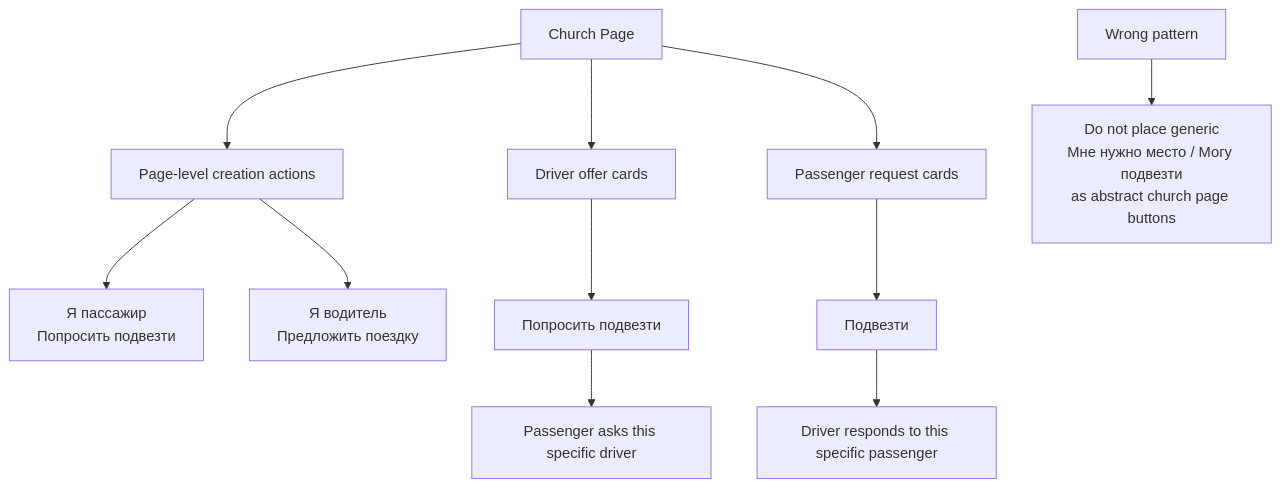
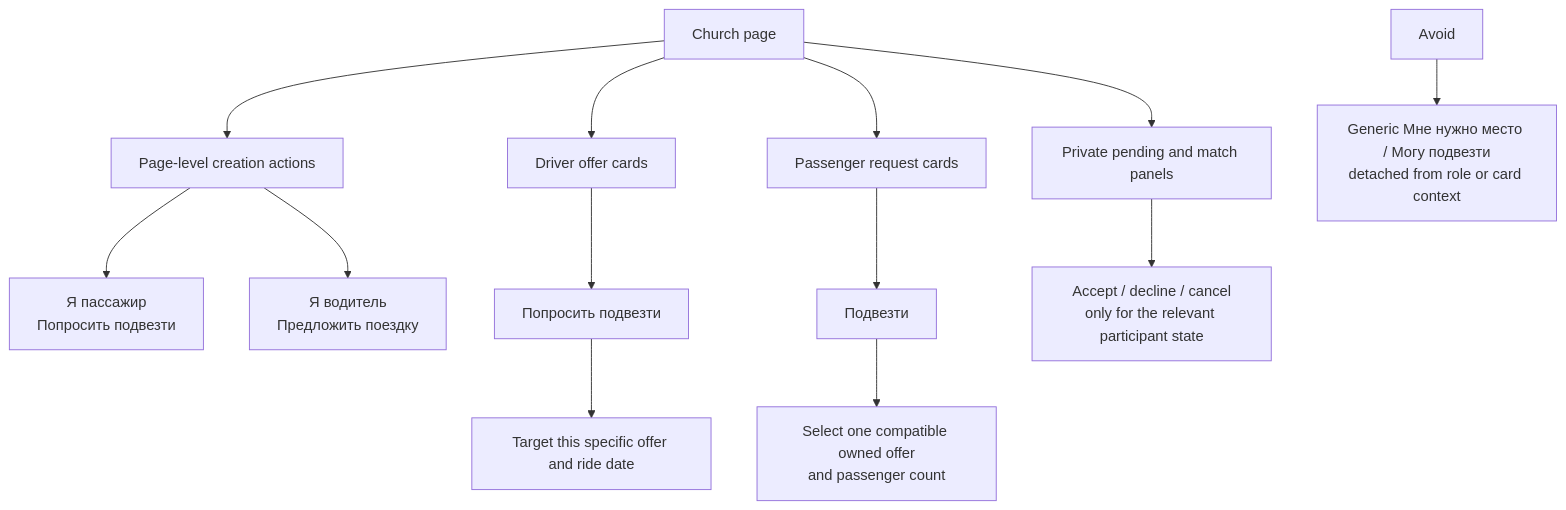
Before and after one commit to Agafanail/orthodox-routes: the tenth of 18 diagrams in docs/PROJECT_MAP.md, drawn with Mermaid. The commit also changed other lines of this file and 37 other files, not shown here.

Commit message:
Complete RideMatch confirmation flows

````diff
--- a/docs/PROJECT_MAP.md
+++ b/docs/PROJECT_MAP.md
@@ -457,17 +265,17 @@
 ```mermaid
 flowchart TD
-    A["Church Page"] --> B["Page-level creation actions"]
+    A["Church page"] --> B["Page-level creation actions"]
     A --> C["Driver offer cards"]
     A --> D["Passenger request cards"]
+    A --> E["Private pending and match panels"]
 
     B --> B1["Я пассажир<br/>Попросить подвезти"]
     B --> B2["Я водитель<br/>Предложить поездку"]
+    C --> C1["Попросить подвезти"]
+    C1 --> C2["Target this specific offer and ride date"]
+    D --> D1["Подвезти"]
+    D1 --> D2["Select one compatible owned offer<br/>and passenger count"]
+    E --> E1["Accept / decline / cancel<br/>only for the relevant participant state"]
 
-    C --> C1["Попросить подвезти"]
-    C1 --> C2["Passenger asks this specific driver"]
-
-    D --> D1["Подвезти"]
-    D1 --> D2["Driver responds to this specific passenger"]
-
-    X["Wrong pattern"] --> X1["Do not place generic<br/>Мне нужно место / Могу подвезти<br/>as abstract church page buttons"]
+    X["Avoid"] --> X1["Generic Мне нужно место / Могу подвезти<br/>detached from role or card context"]
 ```
````
